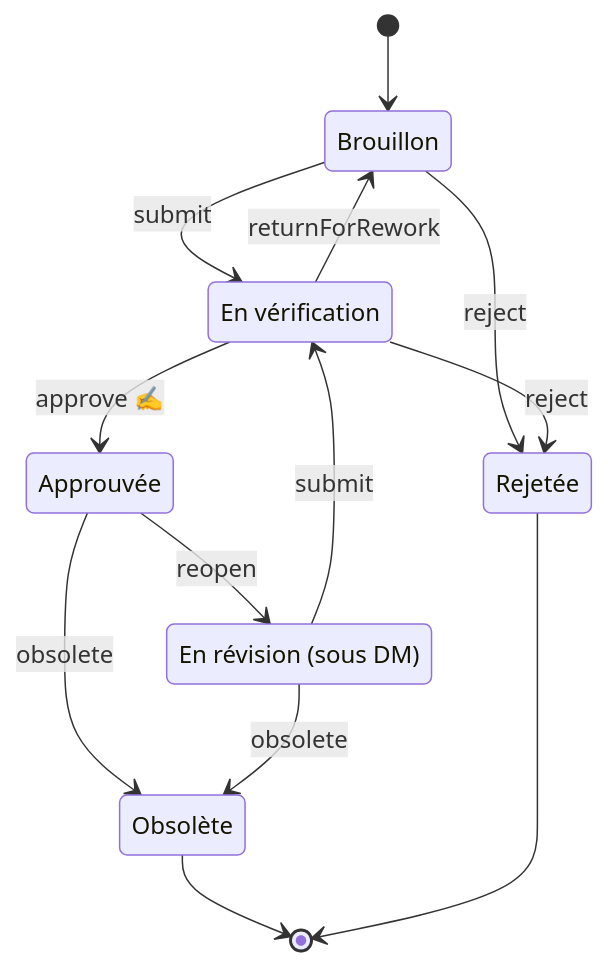
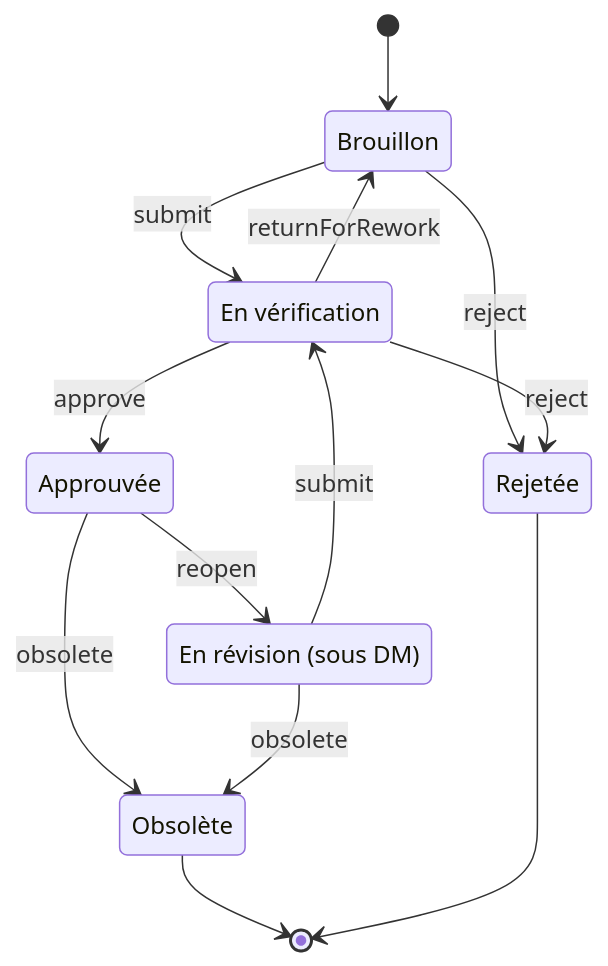
One commit to PapSee1/ALM_Datamodel changed the first of 27 diagrams in docs/generated/A4_workflows.md. Above: the diagram before and after it, drawn with Mermaid. The commit also changed other lines of this file and 273 other files, not shown here.

````diff
--- a/docs/generated/A4_workflows.md
+++ b/docs/generated/A4_workflows.md
@@ -53,21 +57,21 @@
 ```mermaid
 stateDiagram-v2
     [*] --> draft
     draft : Brouillon
     inReview : En vérification
     approved : Approuvée
     inRevision : En révision (sous DM)
     obsolete : Obsolète
     rejected : Rejetée
     draft --> inReview : submit
     inRevision --> inReview : submit
     inReview --> draft : returnForRework
-    inReview --> approved : approve ✍
+    inReview --> approved : approve
     approved --> inRevision : reopen
     approved --> obsolete : obsolete
     inRevision --> obsolete : obsolete
     draft --> rejected : reject
     inReview --> rejected : reject
     obsolete --> [*]
     rejected --> [*]
 ```
````
